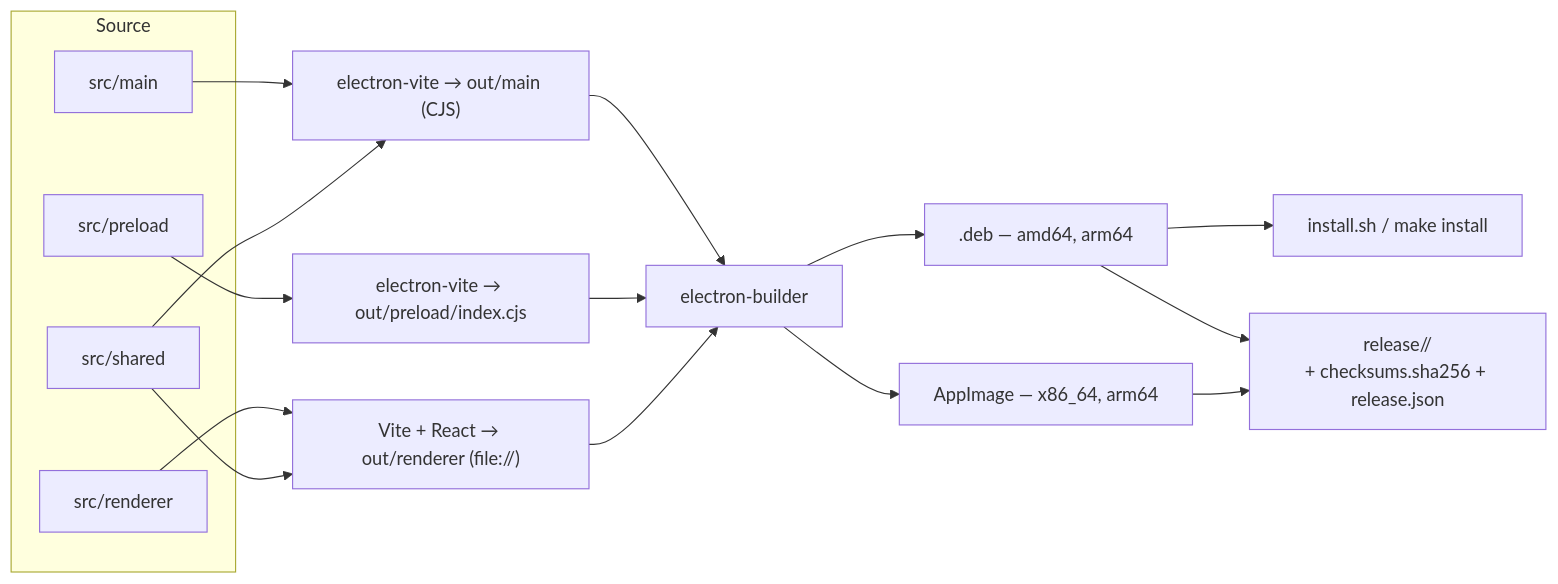
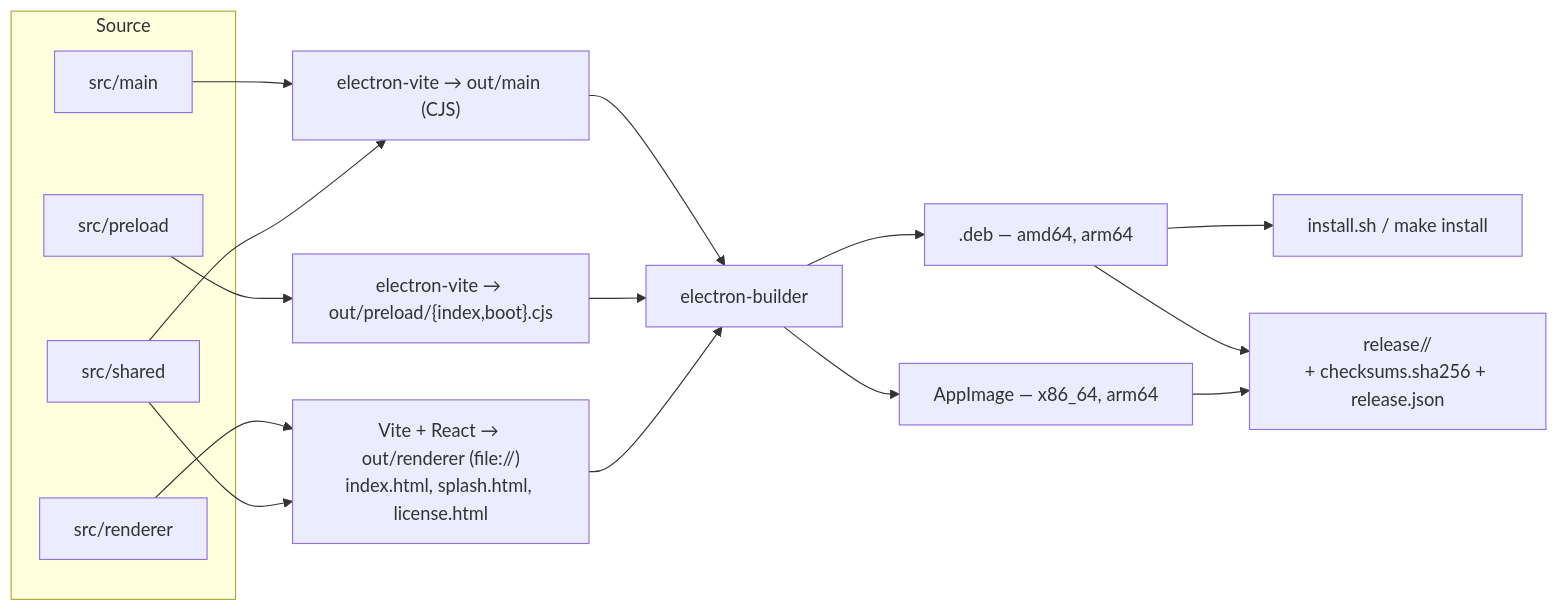
One commit to fmussad/Harborlight changed the seventh of 7 diagrams in docs/ARCHITECTURE.md. Above: the diagram before and after it, drawn with Mermaid. The commit also changed other lines of this file and 24 other files, not shown here.

````diff
--- a/docs/ARCHITECTURE.md
+++ b/docs/ARCHITECTURE.md
@@ -302,17 +321,17 @@
 ```mermaid
 flowchart LR
     subgraph Source
         M["src/main"]
         P["src/preload"]
         R["src/renderer"]
         S["src/shared"]
     end
     M & S --> EM["electron-vite → out/main (CJS)"]
-    P --> EP["electron-vite → out/preload/index.cjs"]
-    R & S --> ER["Vite + React → out/renderer (file://)"]
+    P --> EP["electron-vite → out/preload/{index,boot}.cjs"]
+    R & S --> ER["Vite + React → out/renderer (file://)\nindex.html, splash.html, license.html"]
     EM & EP & ER --> B["electron-builder"]
     B --> DEB[".deb — amd64, arm64"]
     B --> AI["AppImage — x86_64, arm64"]
     DEB --> I["install.sh / make install"]
     DEB & AI --> REL["release/<channel>/<version>\n+ checksums.sha256 + release.json"]
 ```
````
